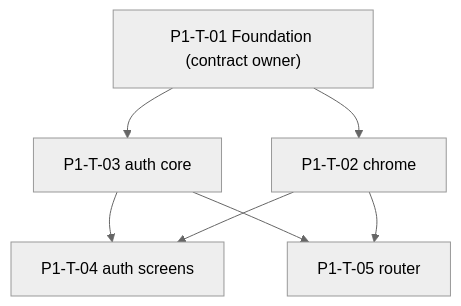
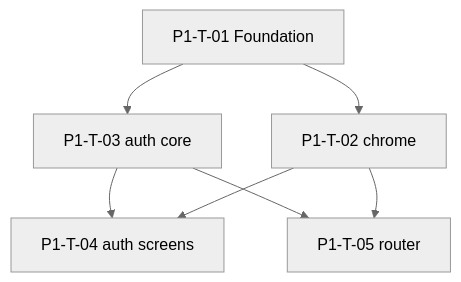
The diagram in .pineapple/phases/v0.0.1-alpha.1-taskgraph.md (saambaby/leo-workstation), drawn with Mermaid (neutral theme) before and after one commit. The commit also changed other lines of this file and 52 other files, not shown here.

````diff
--- a/.pineapple/phases/v0.0.1-alpha.1-taskgraph.md
+++ b/.pineapple/phases/v0.0.1-alpha.1-taskgraph.md
@@ -39,9 +42,9 @@
 ```mermaid
 graph TD
-  T01["P1-T-01 Foundation (contract owner)"] --> T02["P1-T-02 chrome"]
+  T01["P1-T-01 Foundation"] --> T02["P1-T-02 chrome"]
   T01 --> T03["P1-T-03 auth core"]
   T03 --> T04["P1-T-04 auth screens"]
   T02 --> T04
   T03 --> T05["P1-T-05 router"]
   T02 --> T05
 ```
````
